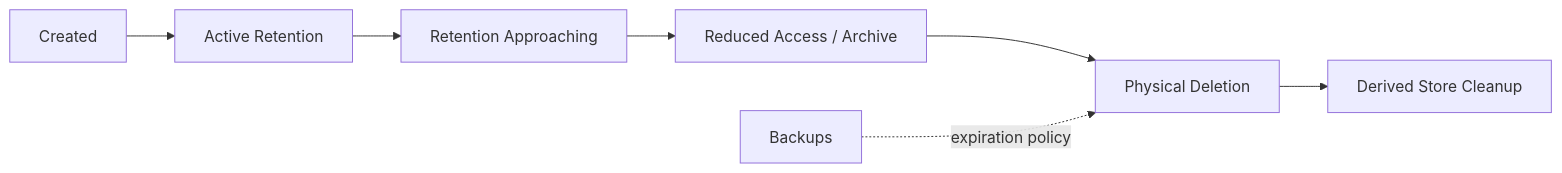
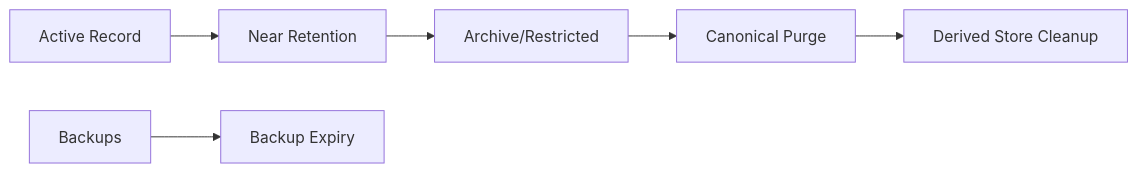
Before and after one commit to D-engahmed/OMILINKS: the first of 2 diagrams in docs/data/retention.md, drawn with Mermaid. The commit also changed other lines of this file and 3 other files, not shown here.

Commit message:
docs: deepen data model retention backup and migration implementation

```diff
--- a/docs/data/retention.md
+++ b/docs/data/retention.md
@@ -28,9 +37,8 @@
 ~~~mermaid
 flowchart LR
-    CREATED[Created] --> ACTIVE[Active Retention]
-    ACTIVE --> EXPIRING[Retention Approaching]
-    EXPIRING --> ARCHIVE[Reduced Access / Archive]
-    ARCHIVE --> PURGE[Physical Deletion]
-    PURGE --> DERIVED[Derived Store Cleanup]
-    BACKUP[Backups] -. expiration policy .-> PURGE
+ACTIVE[Active Record] --> EXPIRING[Near Retention]
+EXPIRING --> ARCHIVE[Archive/Restricted]
+ARCHIVE --> PURGE[Canonical Purge]
+PURGE --> DERIVED[Derived Store Cleanup]
+BACKUP[Backups] --> BACKUPEXP[Backup Expiry]
 ~~~
```
